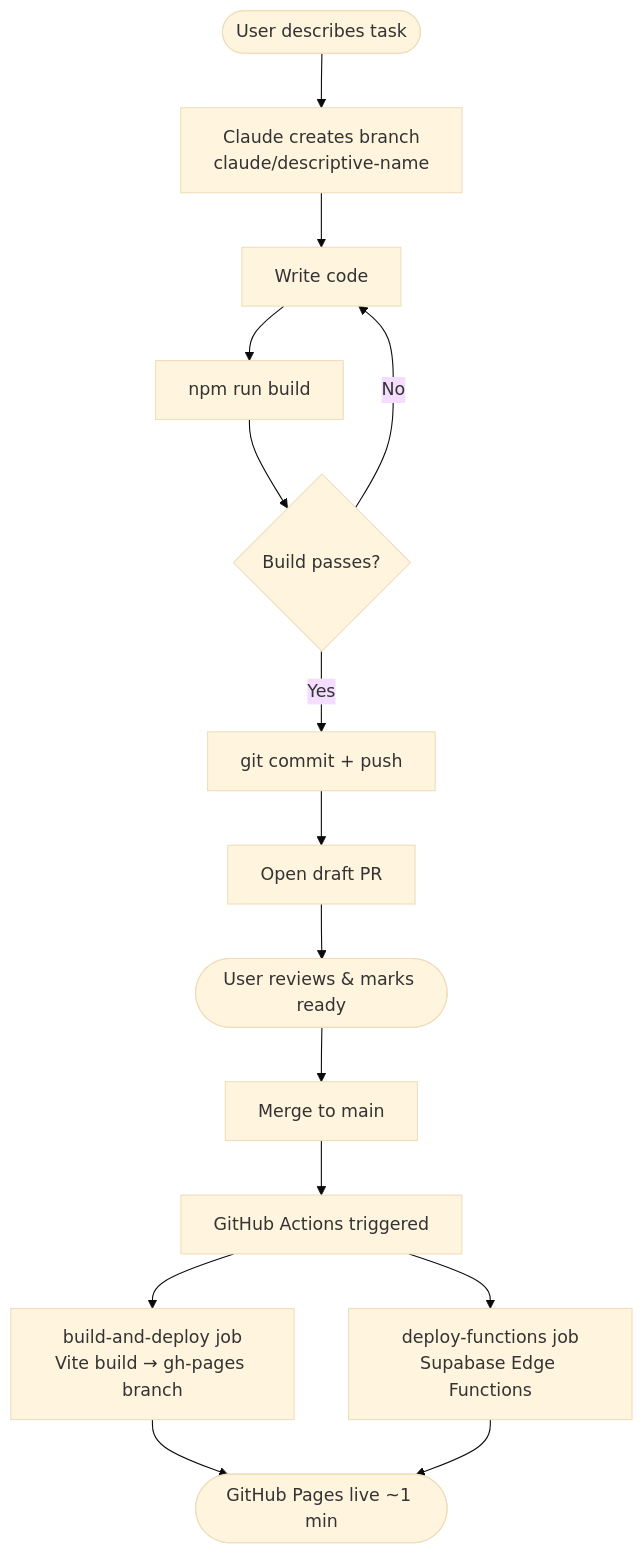
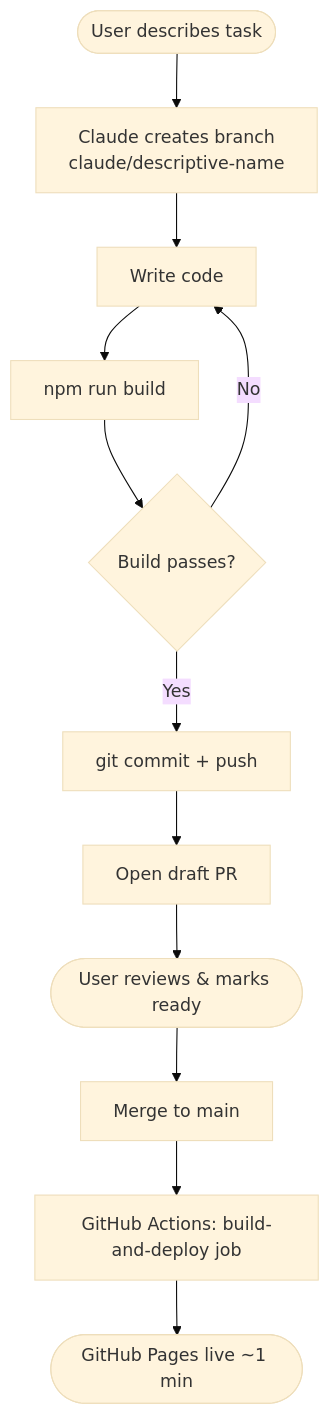
One commit to Lasciviens/Project_Daily changed the first of 3 diagrams in README.md. Above: the diagram before and after it, drawn with Mermaid (base theme). The commit also changed other lines of this file and 12 other files, not shown here.

````diff
--- a/README.md
+++ b/README.md
@@ -14,17 +14,14 @@
 ```mermaid
 flowchart TD
     A([User describes task]) --> B[Claude creates branch\nclaude/descriptive-name]
     B --> C[Write code]
     C --> D[npm run build]
     D --> E{Build passes?}
     E -- No --> C
     E -- Yes --> F[git commit + push]
     F --> G[Open draft PR]
     G --> H([User reviews & marks ready])
     H --> I[Merge to main]
-    I --> J[GitHub Actions triggered]
-    J --> K[build-and-deploy job\nVite build → gh-pages branch]
-    J --> L[deploy-functions job\nSupabase Edge Functions]
-    K --> M([GitHub Pages live ~1 min])
-    L --> M
+    I --> J[GitHub Actions: build-and-deploy job]
+    J --> M([GitHub Pages live ~1 min])
 ```
````
